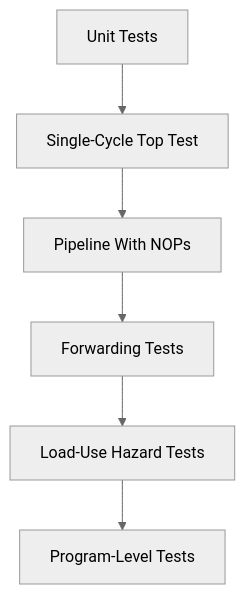
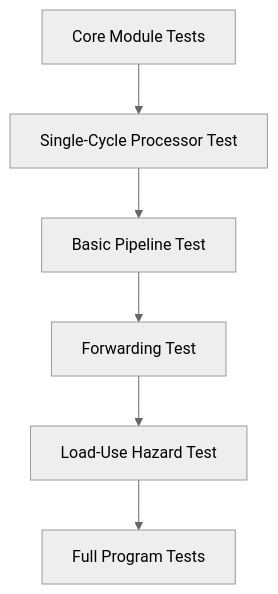
One commit to Maanas-Khatokar-N/Pipelined-RV32I-RISC-V-Processor changed the second of 2 diagrams in README.md. Above: the diagram before and after it, drawn with Mermaid (neutral theme). The commit also changed other lines of this file, not shown here.

````diff
--- a/README.md
+++ b/README.md
@@ -579,8 +231,8 @@
 ```mermaid
 flowchart TD
-    A[Unit Tests] --> B[Single-Cycle Top Test]
-    B --> C[Pipeline With NOPs]
-    C --> D[Forwarding Tests]
-    D --> E[Load-Use Hazard Tests]
-    E --> F[Program-Level Tests]
+    A[Core Module Tests] --> B[Single-Cycle Processor Test]
+    B --> C[Basic Pipeline Test]
+    C --> D[Forwarding Test]
+    D --> E[Load-Use Hazard Test]
+    E --> F[Full Program Tests]
 ```
````
